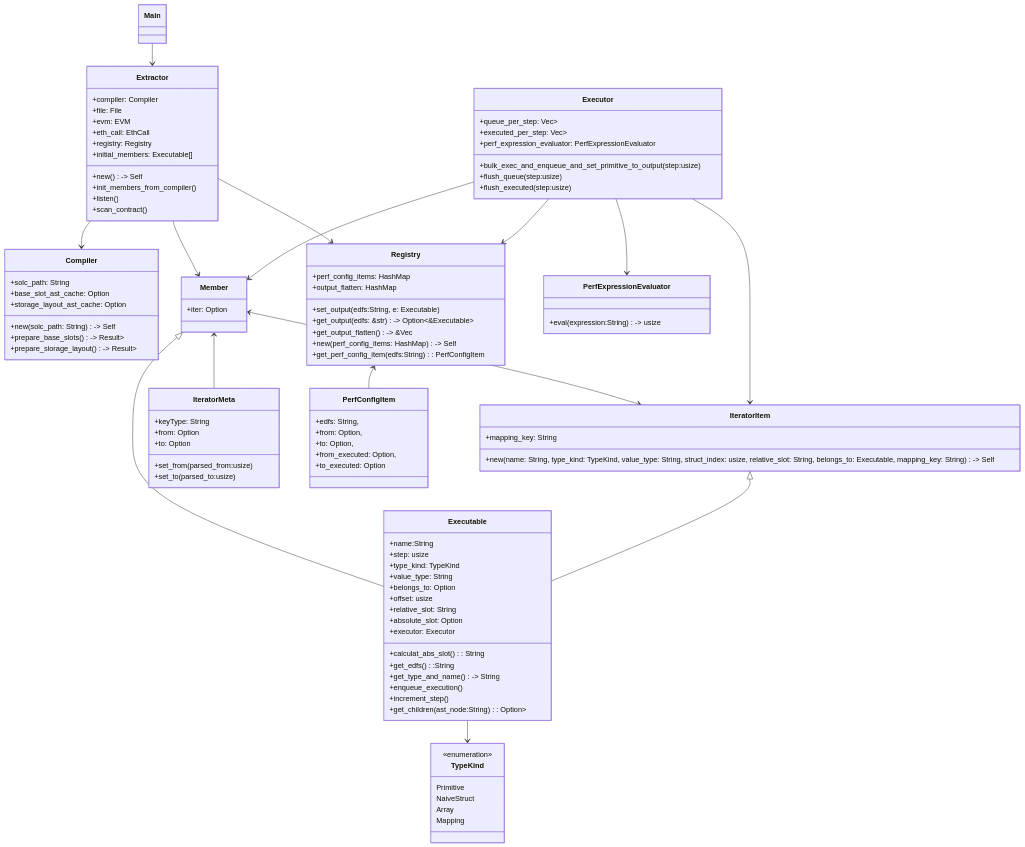
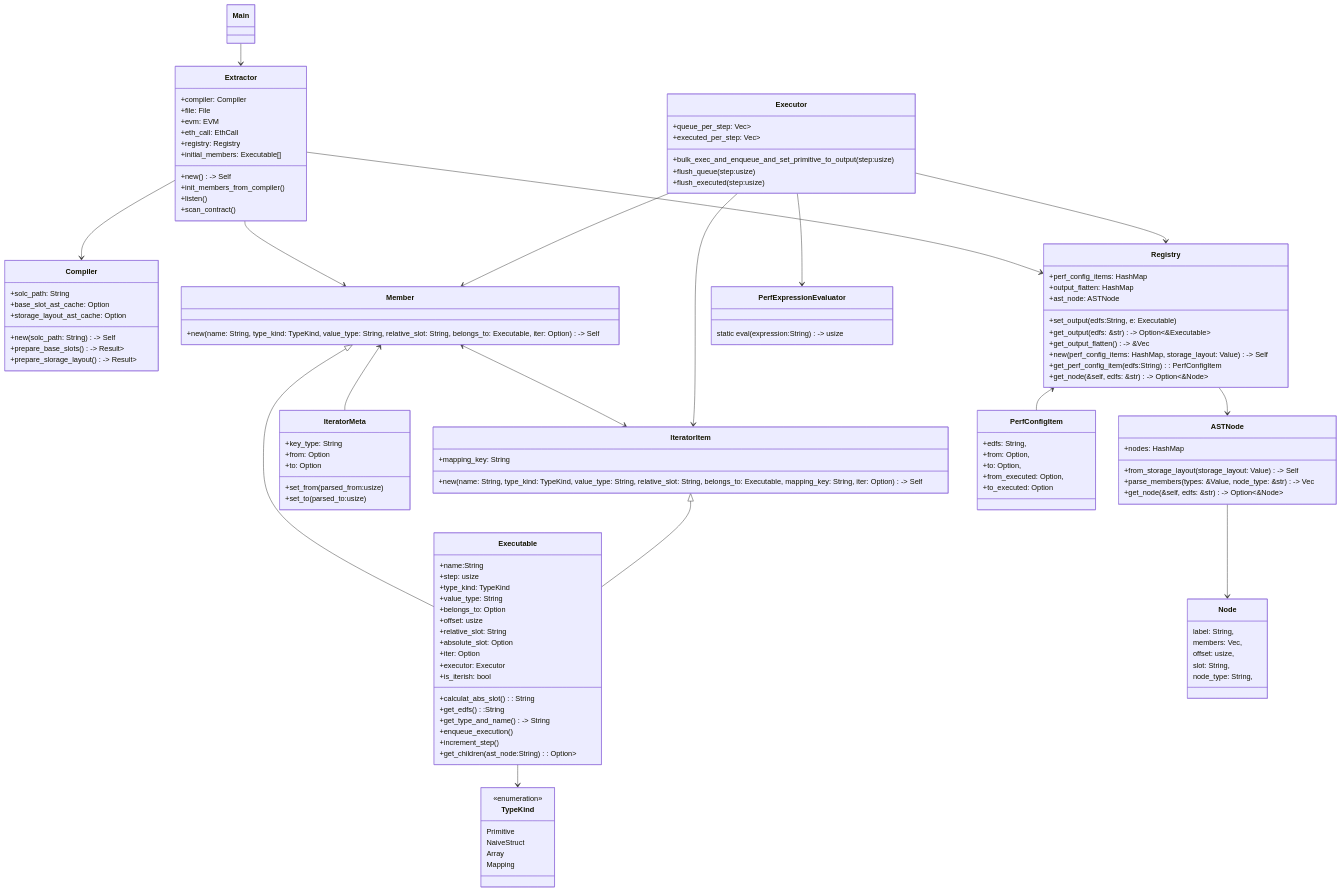
One commit to metacontract/indexer changed the first of 2 diagrams in README.md. Above: the diagram before and after it, drawn with Mermaid. The commit also changed other lines of this file and 1 other file, not shown here.

Commit message:
readme updated and logic updated

````diff
--- a/README.md
+++ b/README.md
@@ -47,7 +47,9 @@
         +offset: usize
         +relative_slot: String
         +absolute_slot: Option<String>
+        +iter: Option<IteratorMeta>
         +executor: Executor
+        +is_iterish: bool
         +calculat_abs_slot(): String
         +get_edfs():String
         +get_type_and_name() -> String
@@ -58,13 +60,13 @@
 
     class IteratorItem {
         +mapping_key: String
-        +new(name: String, type_kind: TypeKind, value_type: String, struct_index: usize, relative_slot: String, belongs_to: Executable, mapping_key: String) -> Self
+        +new(name: String, type_kind: TypeKind, value_type: String, relative_slot: String, belongs_to: Executable, mapping_key: String, iter: Option<IteratorMeta>) -> Self
     }
     class Member {
-        +iter: Option<IteratorMeta>
+        +new(name: String, type_kind: TypeKind, value_type: String, relative_slot: String, belongs_to: Executable, iter: Option<IteratorMeta>) -> Self
     }
     class IteratorMeta {
-        +keyType: String
+        +key_type: String
         +from: Option<usize>
         +to: Option<usize>
         +set_from(parsed_from:usize)
@@ -73,7 +75,6 @@
     class Executor {
         +queue_per_step: Vec<Vec<Executable>>
         +executed_per_step: Vec<Vec<Executable>>
-        +perf_expression_evaluator: PerfExpressionEvaluator
         +bulk_exec_and_enqueue_and_set_primitive_to_output(step:usize)
         +flush_queue(step:usize)
         +flush_executed(step:usize)
@@ -82,11 +83,26 @@
     class Registry {
         +perf_config_items: HashMap<String, PerfConfigItem>
         +output_flatten: HashMap<String, Executable>
+        +ast_node: ASTNode
         +set_output(edfs:String, e: Executable)
         +get_output(edfs: &str) -> Option<&Executable>
         +get_output_flatten() -> &Vec<Executable>
-        +new(perf_config_items: HashMap<String, PerfConfigItem>) -> Self
+        +new(perf_config_items: HashMap<String, PerfConfigItem>, storage_layout: Value) -> Self
         +get_perf_config_item(edfs:String): PerfConfigItem
+        +get_node(&self, edfs: &str) -> Option<&Node>
+    }
+    class ASTNode {
+        +nodes: HashMap<String, Node>
+        +from_storage_layout(storage_layout: Value) -> Self
+        +parse_members(types: &Value, node_type: &str) -> Vec<Node>
+        +get_node(&self, edfs: &str) -> Option<&Node>
+    }
+    class Node {
+        label: String,
+        members: Vec<Node>,
+        offset: usize,
+        slot: String,
+        node_type: String,
     }
     class PerfConfigItem {
         +edfs: String,
@@ -96,7 +112,7 @@
         +to_executed: Option<usize>
     }
     class PerfExpressionEvaluator {
-        +eval(expression:String) -> usize
+        static eval(expression:String) -> usize
     }
 
     Main --> Extractor
@@ -113,6 +129,8 @@
     Executor --> IteratorItem
     Member <|-- Executable
     IteratorItem <|-- Executable
+    Registry --> ASTNode
+    ASTNode --> Node
 
 
 ```
````
